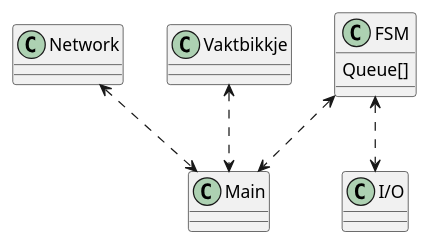
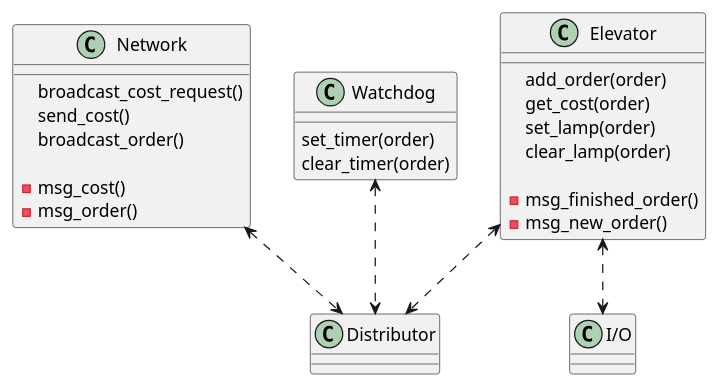
One commit to bjornksa/TTK4145 changed the diagram in uml-mm/moduler.plantuml. Above: the diagram before and after it, drawn with PlantUML.

Commit message:
moduler med innhold

```diff
--- a/uml-mm/moduler.plantuml
+++ b/uml-mm/moduler.plantuml
@@ -1,17 +1,36 @@
 @startuml modules
 
-class FSM{
-    Queue[]
+class Elevator {
+  add_order(order)
+  get_cost(order)
+  set_lamp(order)
+  clear_lamp(order)
+
+  - msg_finished_order()
+  - msg_new_order()
 }
 
-class Main
-class Network
+class Distributor
+
+class Network {
+  broadcast_cost_request()
+  send_cost()
+  broadcast_order()
+
+  - msg_cost()
+  - msg_order()
+}
+
 class I/O
-class Vaktbikkje
 
-Vaktbikkje <..> Main
-Network <..> Main
-FSM <..> Main
-FSM <..> "I/O"
+class Watchdog {
+  set_timer(order)
+  clear_timer(order)
+}
+
+Watchdog <..> Distributor
+Network <..> Distributor
+Elevator <..> Distributor
+Elevator <..> "I/O"
 
 @enduml
```
